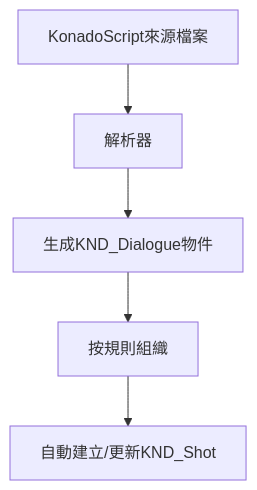
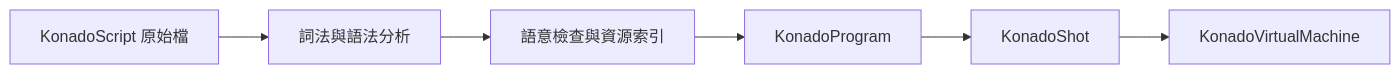
Before and after one commit to DSOE1024/konado: the diagram in docs/tc/latest/tutorial/core/shot-and-dialogue.md, drawn with Mermaid. The commit also changed other lines of this file and 110 other files, not shown here.

````diff
--- a/docs/tc/latest/tutorial/core/shot-and-dialogue.md
+++ b/docs/tc/latest/tutorial/core/shot-and-dialogue.md
@@ -32,8 +24,8 @@
 ```mermaid
-graph TD
-    A["KonadoScript來源檔案"] --> B["解析器"]
-    B --> C["生成KND_Dialogue物件"]
-    C --> D["按規則組織"]
-    D --> E["自動建立/更新KND_Shot"]
-
+graph LR
+    A["KonadoScript 原始檔"] --> B["詞法與語法分析"]
+    B --> C["語意檢查與資源索引"]
+    C --> D["KonadoProgram"]
+    D --> E["KonadoShot"]
+    E --> F["KonadoVirtualMachine"]
 ```
````
